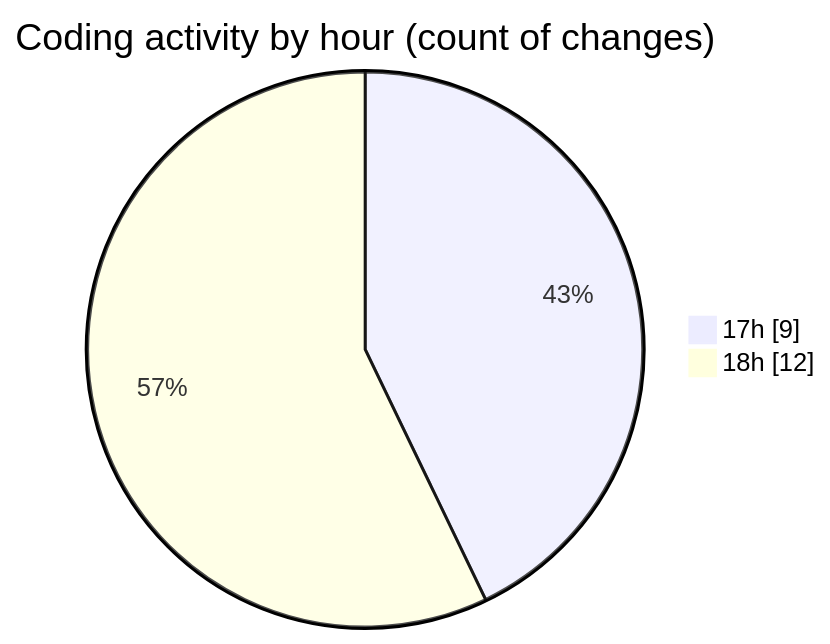
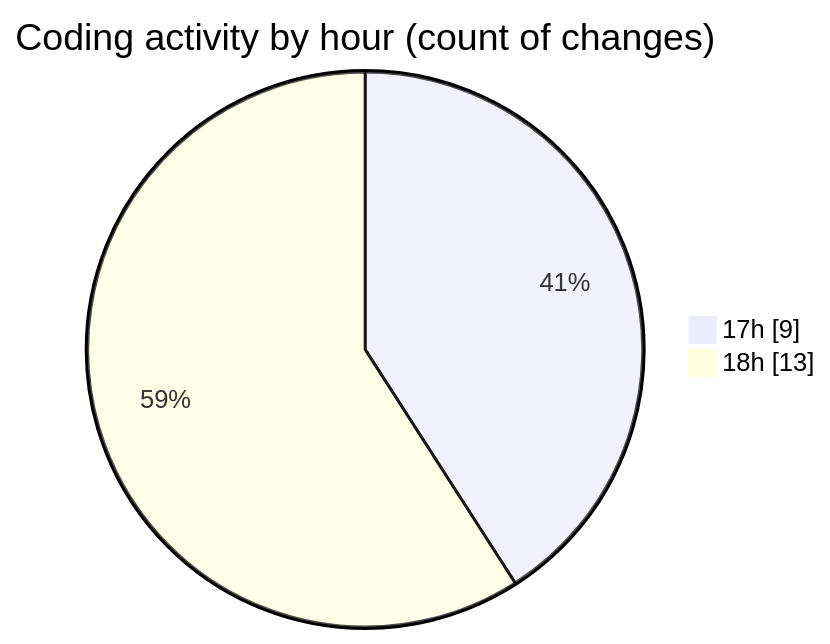
One commit to robertbonfada/code-tracking changed the second of 2 diagrams in 2025-02-08/termonied-web/README.md. Above: the diagram before and after it, drawn with Mermaid. The commit also changed other lines of this file and 1 other file, not shown here.

````diff
--- a/2025-02-08/termonied-web/README.md
+++ b/2025-02-08/termonied-web/README.md
@@ -31,6 +33,6 @@
 ```mermaid
 pie showData
 title Coding activity by hour (count of changes)
 "17h" : 9
-"18h" : 12
+"18h" : 13
 ```
````
